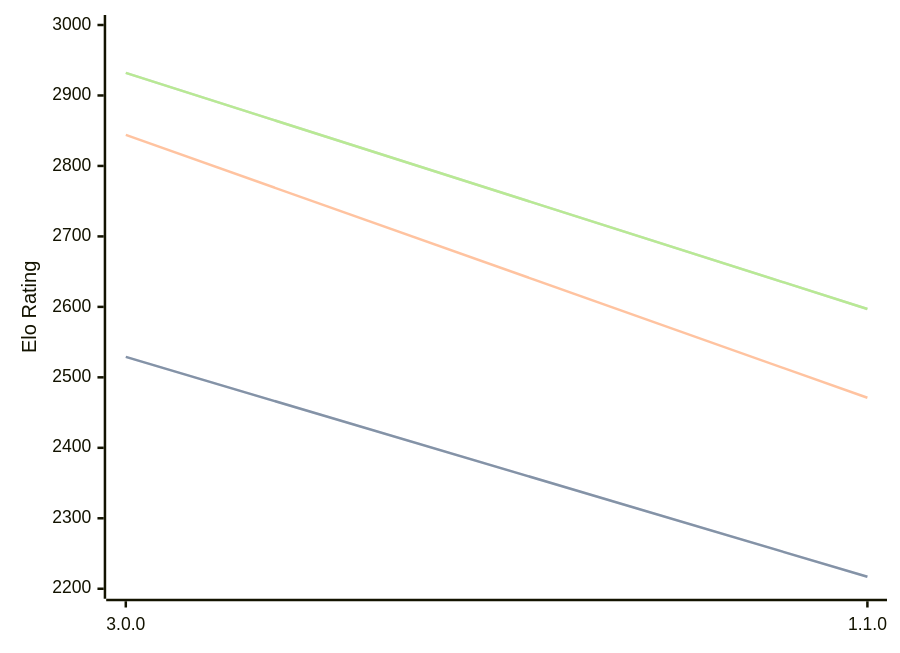
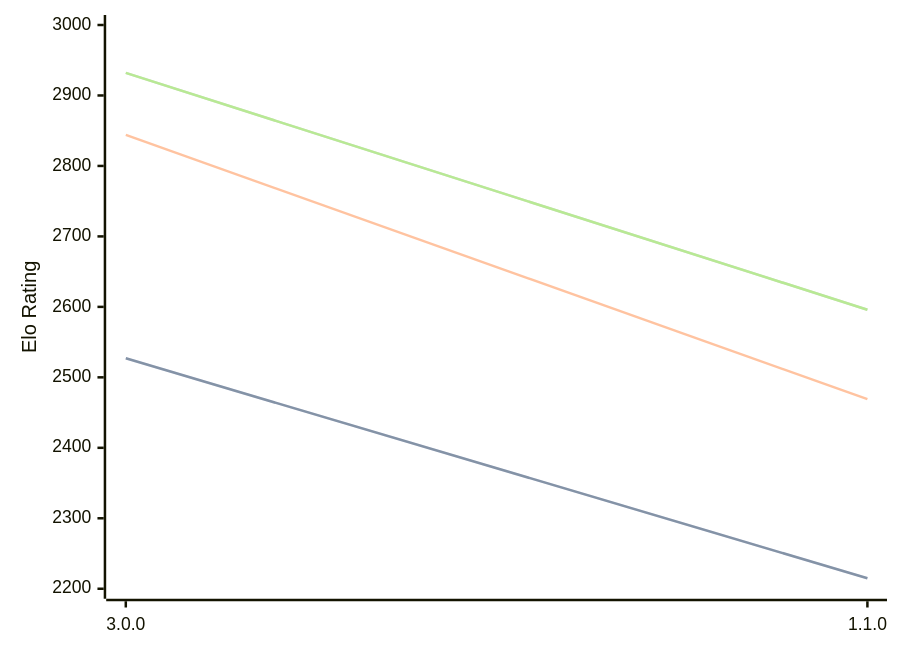
The first of 3 diagrams in engines/Potential.md (computer-chess-index/cci), drawn with Mermaid before and after one commit. The commit also changed other lines of this file, not shown here.

Commit message:
Update CCI Ratings (ELO VLTC) - 2026-06-27

````diff
--- a/engines/Potential.md
+++ b/engines/Potential.md
@@ -34,11 +34,11 @@
 ```mermaid
 %%{init: {"theme":"base","themeVariables":{"seriesColors:['#a3a3a3','#222221','#faa371']}}}%%
 xychart-beta
   x-axis ["3.0.0", "1.1.0"]
   y-axis "Elo Rating" 2200 --> 3000
-  line "STC (8.0+0.08s)" [2529, 2217]
-  line "STC (8.0+0.08s)" [2529, 2217]
-  line "LTC (60.0+0.60s)" [2844, 2471]
-  line "VLTC (2m24s+1.12s)" [2932, 2597]
-  line "VLTC (2m24s+1.12s)" [2932, 2597]
+  line "STC (8.0+0.08s)" [2527, 2215]
+  line "STC (8.0+0.08s)" [2527, 2215]
+  line "LTC (60.0+0.60s)" [2844, 2469]
+  line "VLTC (2m24s+1.12s)" [2932, 2596]
+  line "VLTC (2m24s+1.12s)" [2932, 2596]
 ```
````
